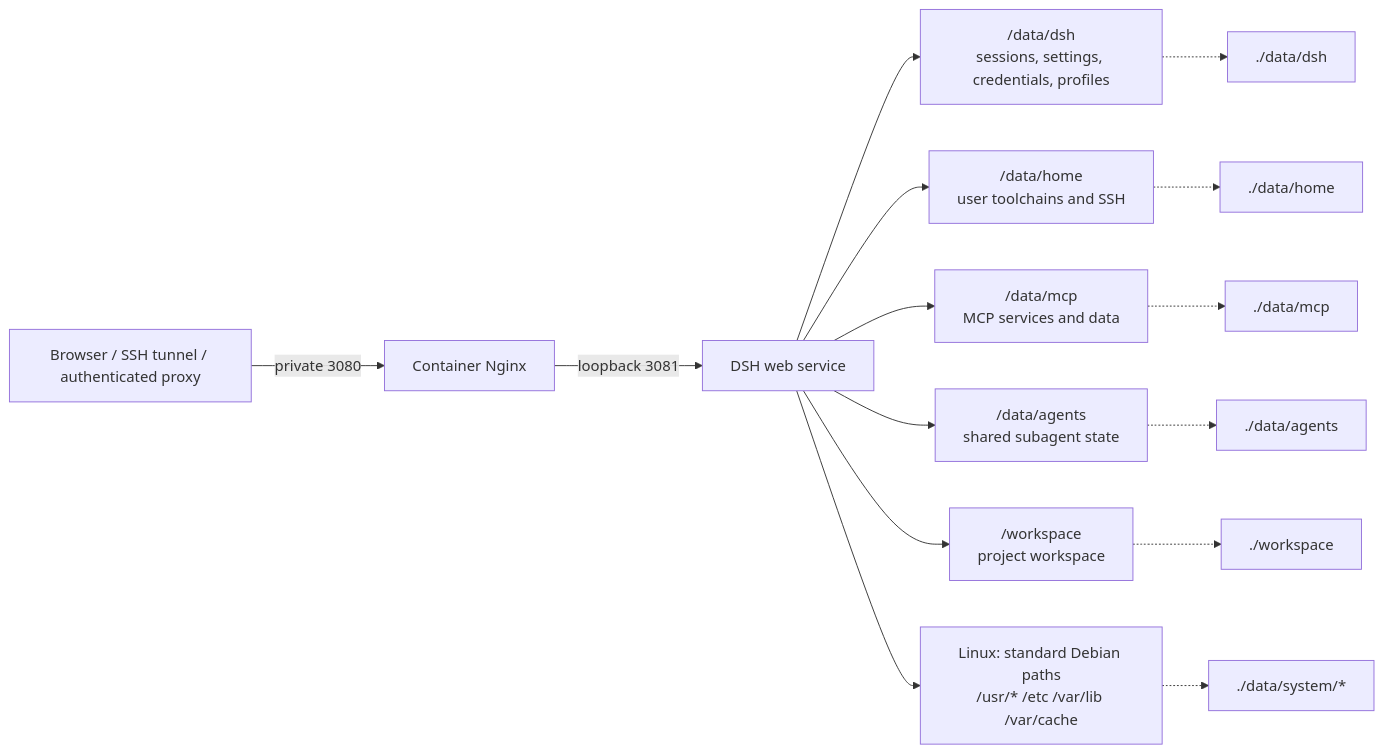
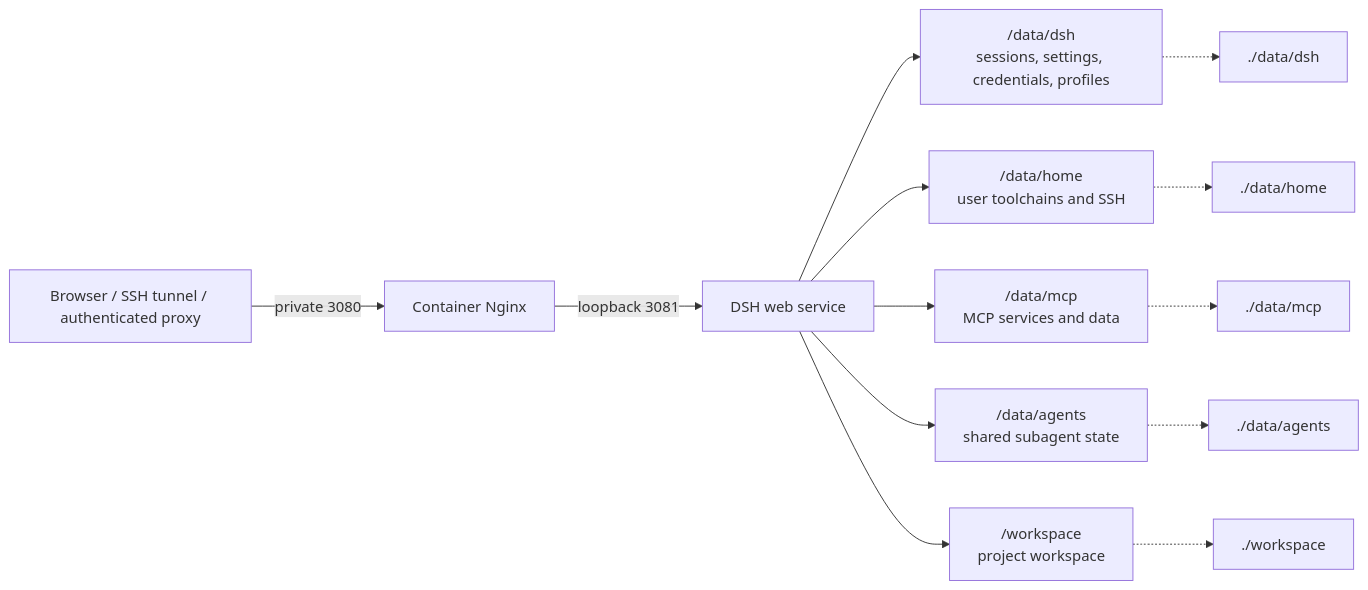
The diagram in README.en.md (univers629/dsh-docker), drawn with Mermaid before and after one commit. The commit also changed other lines of this file and 24 other files, not shown here.

````diff
--- a/README.en.md
+++ b/README.en.md
@@ -88,17 +80,15 @@
 ```mermaid
 flowchart LR
     Client["Browser / SSH tunnel / authenticated proxy"] -->|private 3080| Proxy["Container Nginx"]
     Proxy -->|loopback 3081| DSH["DSH web service"]
     DSH --> Sessions["/data/dsh<br/>sessions, settings, credentials, profiles"]
     DSH --> Home["/data/home<br/>user toolchains and SSH"]
     DSH --> MCP["/data/mcp<br/>MCP services and data"]
     DSH --> Agents["/data/agents<br/>shared subagent state"]
     DSH --> Workspace["/workspace<br/>project workspace"]
-    DSH --> System["Linux: standard Debian paths<br/>/usr/* /etc /var/lib /var/cache"]
     Sessions -.-> H1["./data/dsh"]
     Home -.-> H2["./data/home"]
     MCP -.-> H3["./data/mcp"]
     Agents -.-> H4["./data/agents"]
     Workspace -.-> H5["./workspace"]
-    System -.-> H6["./data/system/*"]
 ```
````
